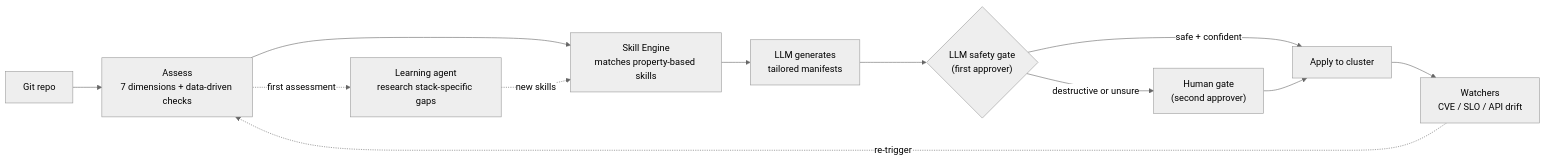
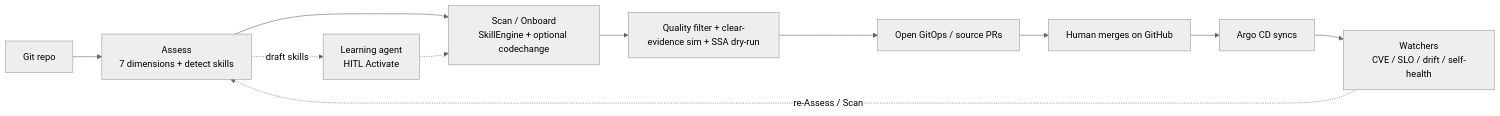
Before and after one commit to alimobrem/AgentIT: the first of 2 diagrams in README.md, drawn with Mermaid (neutral theme). The commit also changed other lines of this file and 25 other files, not shown here.

First line of the commit message:
fix(scan): harden solution contracts with clear-evidence simulation (#158)

````diff
--- a/README.md
+++ b/README.md
@@ -138,14 +99,13 @@
 ```mermaid
 flowchart LR
-    A["Git repo"] --> B["Assess\n7 dimensions + data-driven checks"]
-    B --> C["Skill Engine\nmatches property-based skills"]
-    C --> D["LLM generates\ntailored manifests"]
-    D --> E{"LLM safety gate\n(first approver)"}
-    E -->|"safe + confident"| F["Apply to cluster"]
-    E -->|"destructive or unsure"| G["Human gate\n(second approver)"]
-    G --> F
-    F --> H["Watchers\nCVE / SLO / API drift"]
-    H -.->|"re-trigger"| B
-    B -.->|"first assessment"| I["Learning agent\nresearch stack-specific gaps"]
-    I -.->|"new skills"| C
+    A["Git repo"] --> B["Assess\n7 dimensions + detect skills"]
+    B --> C["Scan / Onboard\nSkillEngine + optional codechange"]
+    C --> D["Quality filter + clear-evidence sim + SSA dry-run"]
+    D --> E["Open GitOps / source PRs"]
+    E --> F["Human merges on GitHub"]
+    F --> G["Argo CD syncs"]
+    G --> H["Watchers\nCVE / SLO / drift / self-health"]
+    H -.->|"re-Assess / Scan"| B
+    B -.->|"draft skills"| I["Learning agent\nHITL Activate"]
+    I -.-> C
 ```
````
